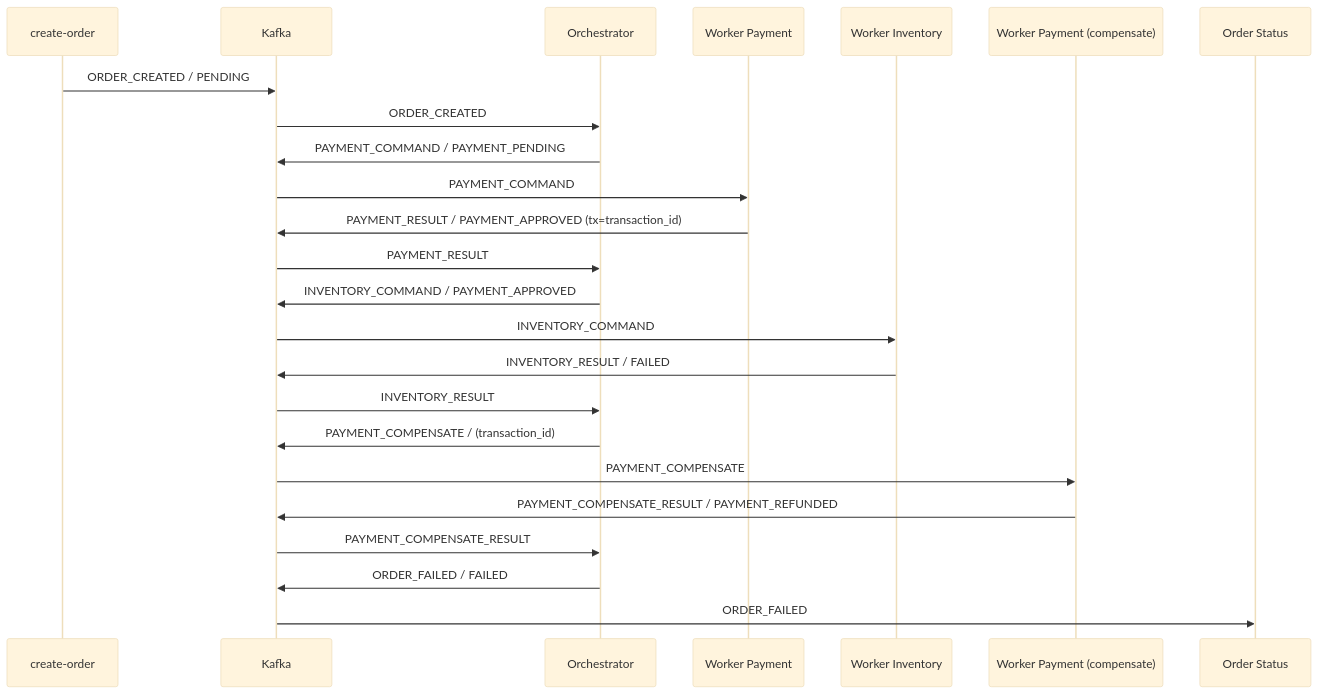
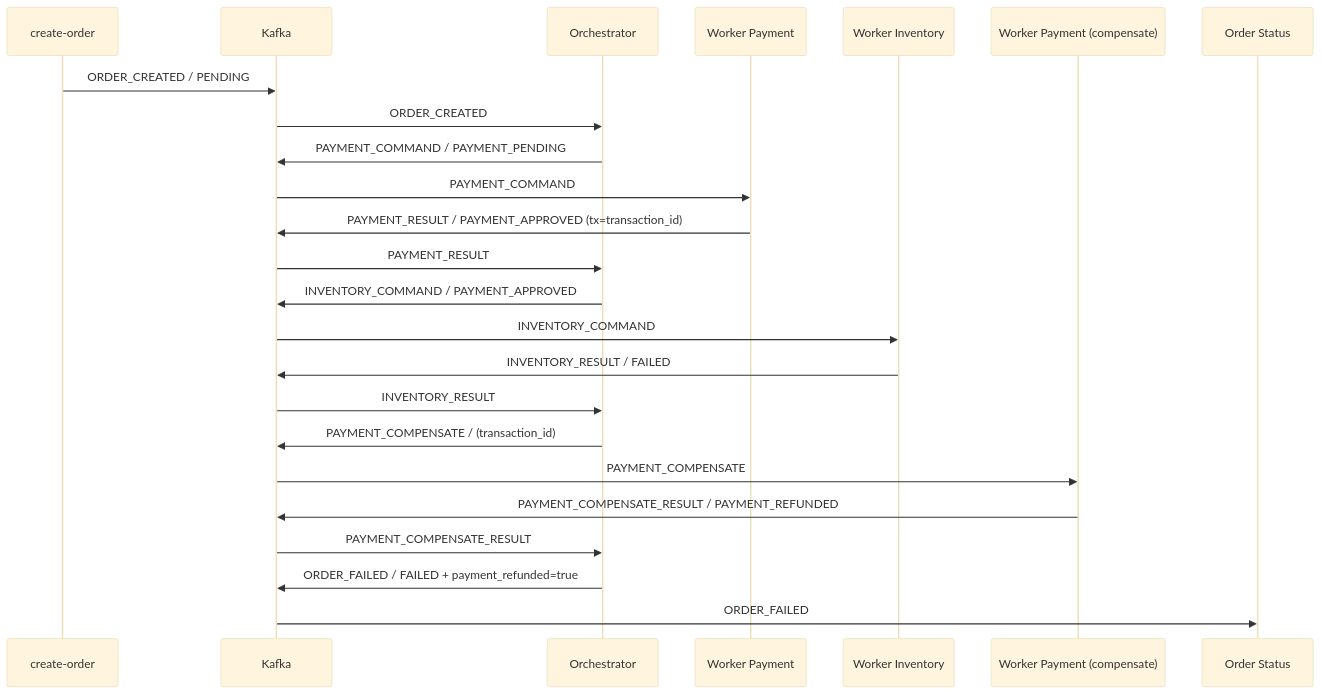
The third of 4 diagrams in README.md (alppinheiro/workers-kafka), drawn with Mermaid (base theme) before and after one commit. The commit also changed other lines of this file and 5 other files, not shown here.

````diff
--- a/README.md
+++ b/README.md
@@ -170,27 +172,27 @@
-  ```mermaid
-  sequenceDiagram
+```mermaid
+sequenceDiagram
     participant C as create-order
     participant K as Kafka
     participant O as Orchestrator
     participant P as Worker Payment
     participant I as Worker Inventory
     participant PC as Worker Payment (compensate)
     participant S as Order Status
 
     C->>K: ORDER_CREATED / PENDING
     K->>O: ORDER_CREATED
     O->>K: PAYMENT_COMMAND / PAYMENT_PENDING
     K->>P: PAYMENT_COMMAND
     P->>K: PAYMENT_RESULT / PAYMENT_APPROVED (tx=transaction_id)
     K->>O: PAYMENT_RESULT
     O->>K: INVENTORY_COMMAND / PAYMENT_APPROVED
     K->>I: INVENTORY_COMMAND
     I->>K: INVENTORY_RESULT / FAILED
     K->>O: INVENTORY_RESULT
     O->>K: PAYMENT_COMPENSATE / (transaction_id)
     K->>PC: PAYMENT_COMPENSATE
     PC->>K: PAYMENT_COMPENSATE_RESULT / PAYMENT_REFUNDED
     K->>O: PAYMENT_COMPENSATE_RESULT
-    O->>K: ORDER_FAILED / FAILED
+    O->>K: ORDER_FAILED / FAILED + payment_refunded=true
     K->>S: ORDER_FAILED
   ```
````
